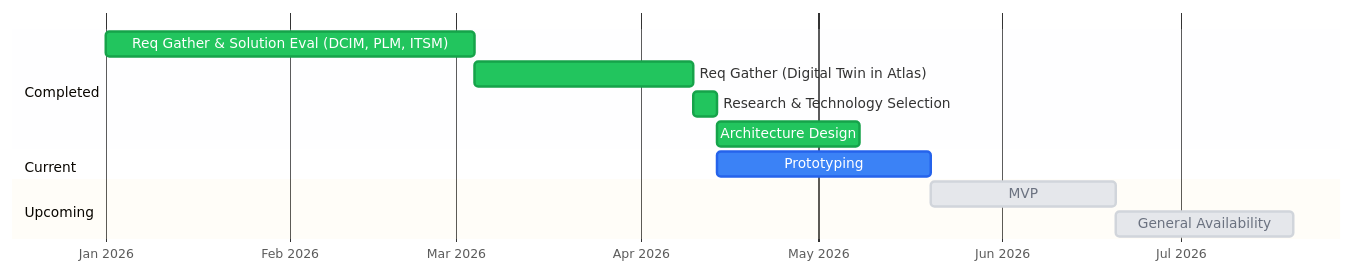
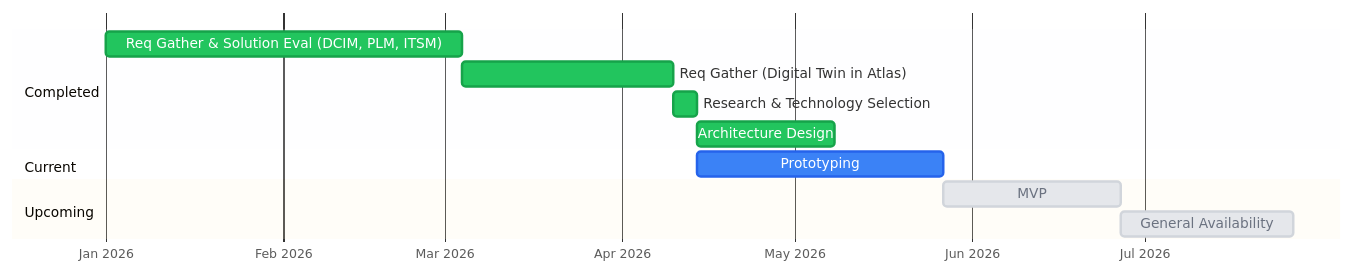
One commit to danieldn-aramada/orbital changed the diagram in ROADMAP.md. Above: the diagram before and after it, drawn with Mermaid. The commit also changed other lines of this file and 41 other files, not shown here.

````diff
--- a/ROADMAP.md
+++ b/ROADMAP.md
@@ -5,19 +5,19 @@
 ```mermaid
 %%{init: {'theme': 'base', 'themeVariables': {'doneTaskBkgColor': '#22c55e', 'doneTaskBorderColor': '#16a34a', 'activeTaskBkgColor': '#3b82f6', 'activeTaskBorderColor': '#2563eb', 'taskBkgColor': '#e5e7eb', 'taskBorderColor': '#d1d5db', 'taskTextColor': '#6b7280', 'taskTextDarkColor': '#fff'}}}%%
 gantt
     dateFormat YYYY-MM-DD
     axisFormat %b %Y
 
     Section Completed
     Req Gather & Solution Eval (DCIM, PLM, ITSM)    :done, 2026-01-01, 2026-03-04
     Req Gather (Digital Twin in Atlas)              :done, 2026-03-04, 2026-04-10
     Research & Technology Selection                 :done, 2026-04-10, 2026-04-14
     Architecture Design                             :done, 2026-04-14, 2026-05-08
 
     Section Current
-    Prototyping                   :active, 2026-04-14, 2026-05-20
+    Prototyping                   :active, 2026-04-14, 2026-05-27
     
     Section Upcoming
-    MVP                           :2026-05-20, 2026-06-20
-    General Availability          :2026-06-20, 2026-07-20
+    MVP                           :2026-05-27, 2026-06-27
+    General Availability          :2026-06-27, 2026-07-27
 ```
````
